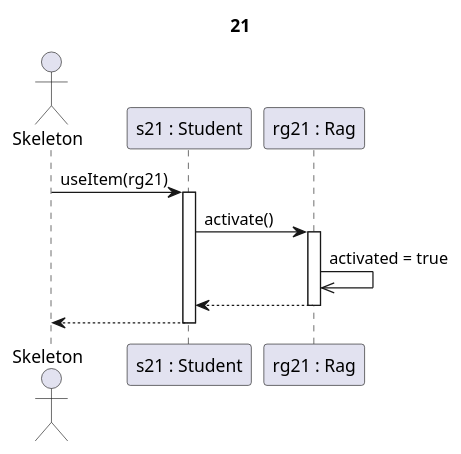
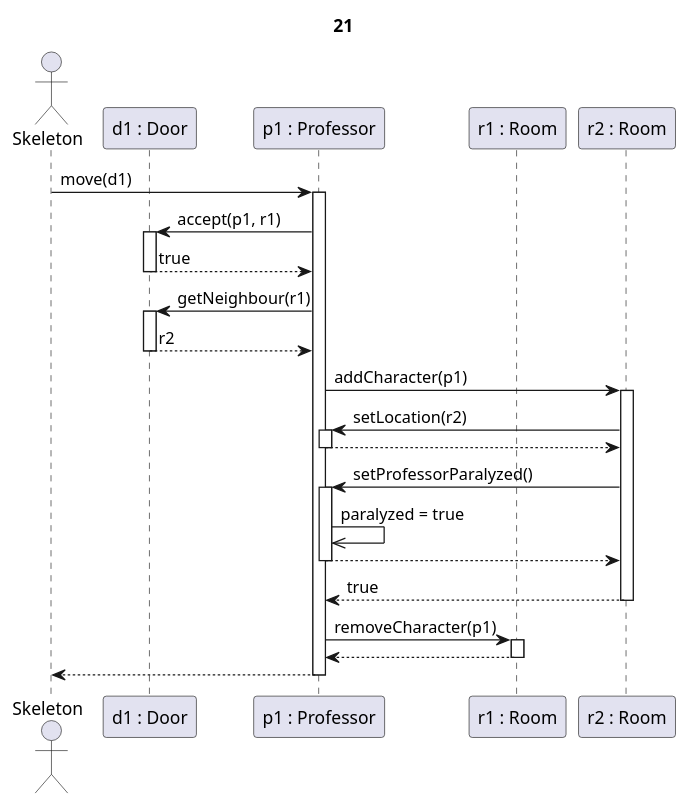
Before and after one commit to kipolaris/skyrimscriptsuttogok: the diagram in partII_sequence diagrams/21.puml, drawn with PlantUML. The commit also changed 113 other files, not shown here.

Commit message:
generated all 46 sequence diagrams and the use-case diagram

```diff
--- a/partII_sequence diagrams/21.puml
+++ b/partII_sequence diagrams/21.puml
@@ -1,18 +1,38 @@
-@startuml activate_Rag
+@startuml oktató belép + aktív rag
 
-title 21
+Title 21
 
 actor Skeleton as sk
-participant "s21 : Student" as s
-participant "rg21 : Rag" as rg
+participant "d1 : Door" as d
+participant "p1 : Professor" as c
+participant "r1 : Room" as r1
+participant "r2 : Room" as r2
 
-sk->s ++: useItem(rg21)
-s->rg ++: activate()
+sk -> c ++: move(d1)
 
-rg->>rg : activated = true
+c->d ++: accept(p1, r1)
 
-rg-->s --:
 
-s-->sk --:
+d-->c --: true
+
+c -> d ++: getNeighbour(r1)
+
+d-->c --: r2
+
+c->r2 ++: addCharacter(p1)
+
+r2 -> c ++: setLocation(r2)
+c --> r2 --:
+
+r2->c ++: setProfessorParalyzed()
+c->>c : paralyzed = true
+return
+
+r2 --> c --: true
+
+c->r1 ++: removeCharacter(p1)
+return
+
+c-->sk --:
 
 @enduml
```
